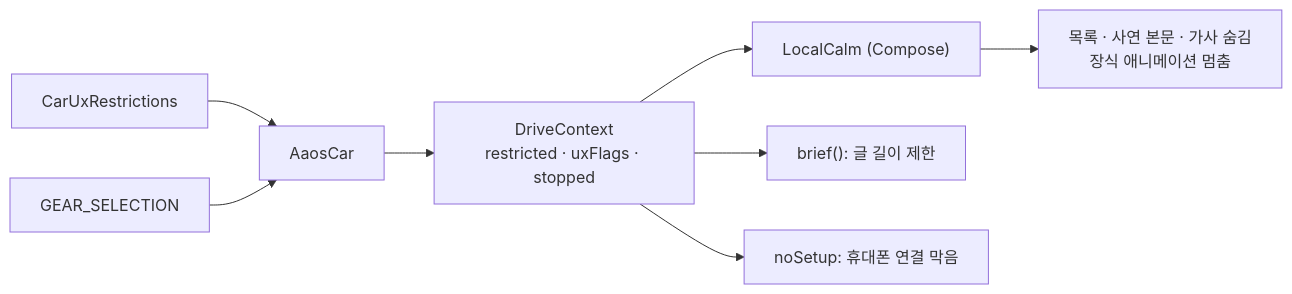
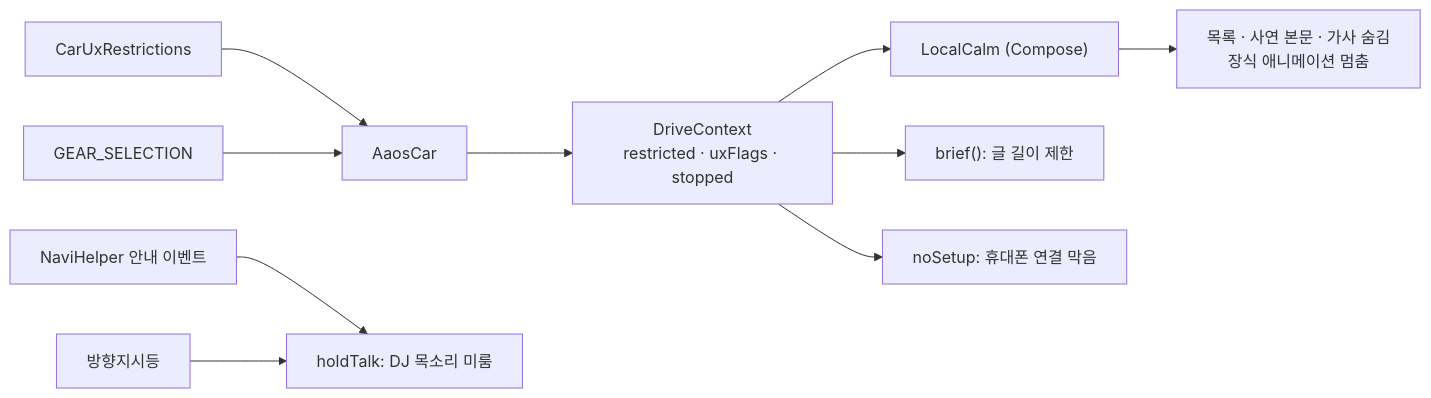
Before and after one commit to reopt-ai/dj-trot: the third of 3 diagrams in docs/architecture.md, drawn with Mermaid. The commit also changed other lines of this file and 14 other files, not shown here.

````diff
--- a/docs/architecture.md
+++ b/docs/architecture.md
@@ -87,10 +87,12 @@
 ```mermaid
 flowchart LR
     UX["CarUxRestrictions"] --> Aaos["AaosCar"]
     Gear["GEAR_SELECTION"] --> Aaos
     Aaos --> Drive["DriveContext<br/>restricted · uxFlags · stopped"]
     Drive --> Calm["LocalCalm (Compose)"]
     Calm --> Parts["목록 · 사연 본문 · 가사 숨김<br/>장식 애니메이션 멈춤"]
     Drive --> Text["brief(): 글 길이 제한"]
     Drive --> Setup["noSetup: 휴대폰 연결 막음"]
+    Navi["NaviHelper 안내 이벤트"] --> Hold["holdTalk: DJ 목소리 미룸"]
+    Signal["방향지시등"] --> Hold
 ```
````
